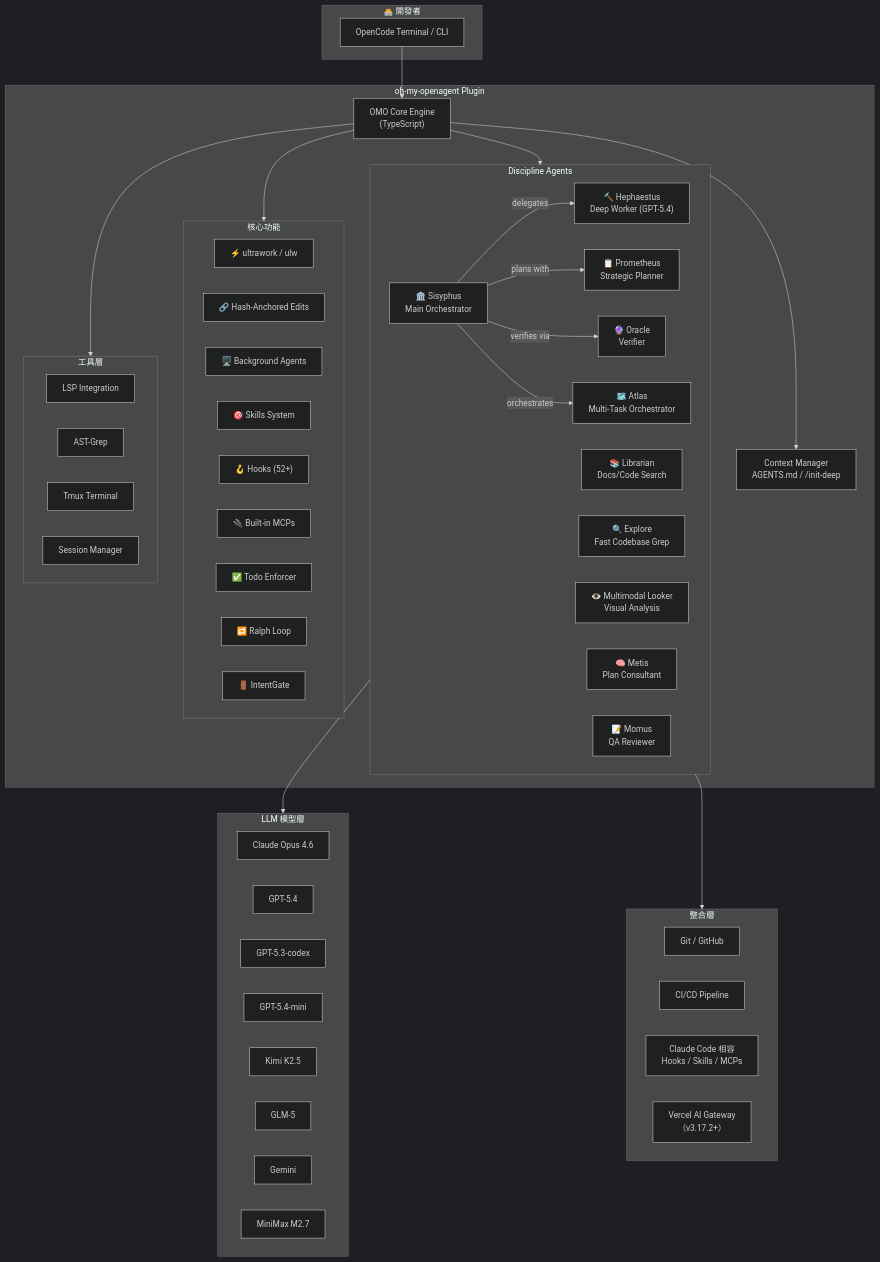
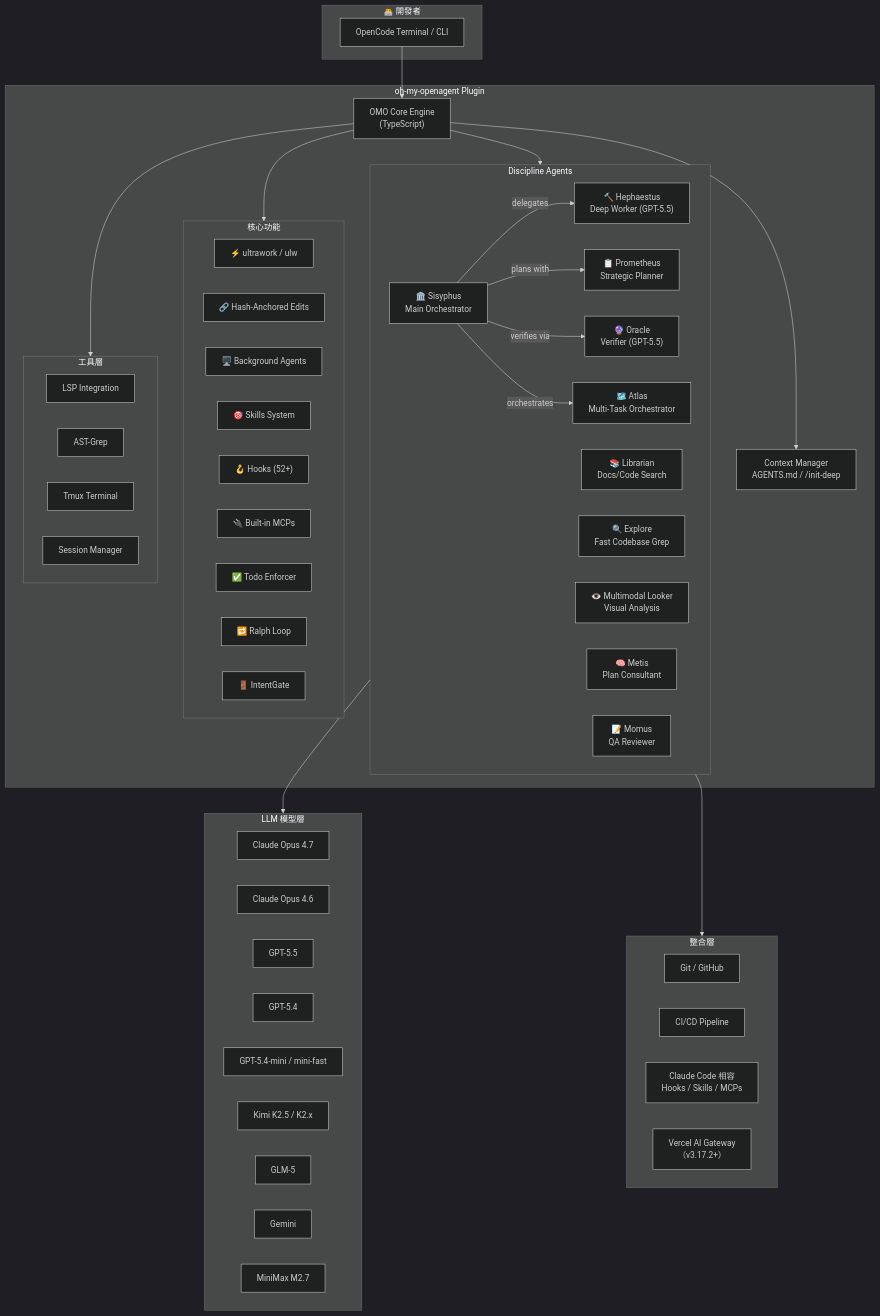
Before and after one commit to chihhung/Blog: the first of 19 diagrams in content/posts/教學/AI開發/oh-my-openagent（Oh My OpenCode, OMO）教學手冊.md, drawn with Mermaid (dark theme). The commit also changed other lines of this file and 7 other files, not shown here.

````diff
--- a/content/posts/教學/AI開發/oh-my-openagent（Oh My OpenCode, OMO）教學手冊.md
+++ b/content/posts/教學/AI開發/oh-my-openagent（Oh My OpenCode, OMO）教學手冊.md
@@ -162,74 +168,75 @@
 ```mermaid
 graph TB
     subgraph Developer["👨‍💻 開發者"]
         CLI["OpenCode Terminal / CLI"]
     end
 
     subgraph OMO["oh-my-openagent Plugin"]
         Core["OMO Core Engine<br/>(TypeScript)"]
         
         subgraph Agents["Discipline Agents"]
             Sisyphus["🏛️ Sisyphus<br/>Main Orchestrator"]
-            Hephaestus["🔨 Hephaestus<br/>Deep Worker (GPT-5.4)"]
+            Hephaestus["🔨 Hephaestus<br/>Deep Worker (GPT-5.5)"]
             Prometheus["📋 Prometheus<br/>Strategic Planner"]
-            Oracle["🔮 Oracle<br/>Verifier"]
+            Oracle["🔮 Oracle<br/>Verifier (GPT-5.5)"]
             Atlas["🗺️ Atlas<br/>Multi-Task Orchestrator"]
             Librarian["📚 Librarian<br/>Docs/Code Search"]
             Explore["🔍 Explore<br/>Fast Codebase Grep"]
             Looker["👁️ Multimodal Looker<br/>Visual Analysis"]
             Metis["🧠 Metis<br/>Plan Consultant"]
             Momus["📝 Momus<br/>QA Reviewer"]
         end
 
         subgraph Features["核心功能"]
             Ultrawork["⚡ ultrawork / ulw"]
             Hashline["🔗 Hash-Anchored Edits"]
             BgAgents["🖥️ Background Agents"]
             Skills["🎯 Skills System"]
             Hooks["🪝 Hooks (52+)"]
             MCPs["🔌 Built-in MCPs"]
             TodoEnf["✅ Todo Enforcer"]
             RalphLoop["🔁 Ralph Loop"]
             IntentGate["🚪 IntentGate"]
         end
 
         subgraph Tools["工具層"]
             LSP["LSP Integration"]
             AST["AST-Grep"]
             Tmux["Tmux Terminal"]
             Session["Session Manager"]
         end
 
         Context["Context Manager<br/>AGENTS.md / /init-deep"]
     end
 
     subgraph Models["​LLM 模型層"]
-        Claude["Claude Opus 4.6"]
+        Claude["Claude Opus 4.7"]
+        Claude46["Claude Opus 4.6"]
+        GPT55["GPT-5.5"]
         GPT54["GPT-5.4"]
-        GPT53["GPT-5.3-codex"]
-        GPT54mini["GPT-5.4-mini"]
-        Kimi["Kimi K2.5"]
+        GPT54mini["GPT-5.4-mini / mini-fast"]
+        Kimi["Kimi K2.5 / K2.x"]
         GLM["GLM-5"]
         Gemini["Gemini"]
         MiniMax["MiniMax M2.7"]
     end
 
     subgraph Integration["整合層"]
         Git["Git / GitHub"]
         CICD["CI/CD Pipeline"]
         ClaudeCode["Claude Code 相容<br/>Hooks / Skills / MCPs"]
         VercelGW["Vercel AI Gateway<br/>（v3.17.2+）"]
     end
 
     CLI --> Core
     Core --> Agents
     Core --> Features
     Core --> Tools
     Core --> Context
     Sisyphus -->|"delegates"| Hephaestus
     Sisyphus -->|"plans with"| Prometheus
     Sisyphus -->|"verifies via"| Oracle
     Sisyphus -->|"orchestrates"| Atlas
     Agents --> Models
     Agents --> Integration
 ```
````
